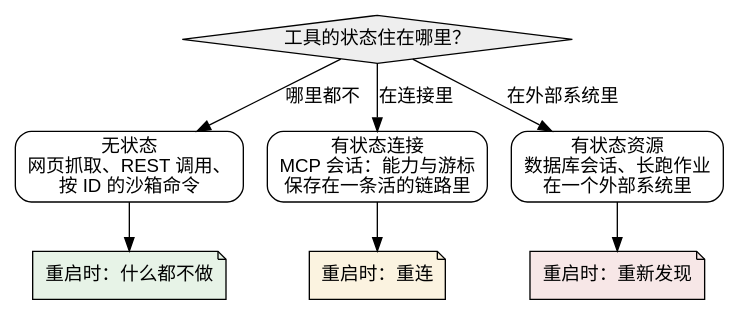
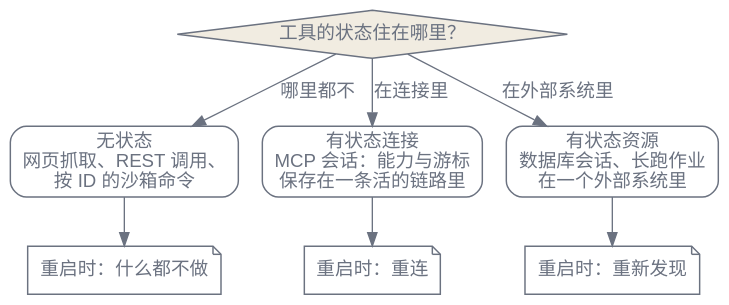
The third of 3 diagrams in zh/p5-orchestration/21-agent-architectures.qmd (latere-ai/ai-as-an-infrastructure), drawn with Graphviz before and after one commit. The commit also changed other lines of this file and 186 other files, not shown here.

First line of the commit message:
book: visual audit pass on all diagrams and figures

````diff
--- a/zh/p5-orchestration/21-agent-architectures.qmd
+++ b/zh/p5-orchestration/21-agent-architectures.qmd
@@ -127,27 +130,28 @@
 ```{dot}
 //| label: fig-agent-architectures-tool-classes
 //| fig-cap: "三类工具，按它们的状态住在哪里、以及各自在重启时必须做什么来划分：什么都不做、重连，或重新发现。"
 digraph {
+    bgcolor="transparent";
     rankdir=TB;
-    node [fontname="Helvetica"];
-    edge [fontname="Helvetica"];
+    node [fontname="Helvetica", color="#6b7280", fontcolor="#6b7280", penwidth=1.1];
+    edge [fontname="Helvetica", color="#6b7280", fontcolor="#6b7280"];
 
-    q [label="工具的状态住在哪里？", shape=diamond, style=filled, fillcolor="#eeeeee"];
+    q [label="工具的状态住在哪里？", shape=diamond, style=filled, fillcolor="#f1ece1"];
 
     stateless [label="无状态\n网页抓取、REST 调用、\n按 ID 的沙箱命令", shape=box, style=rounded];
     conn [label="有状态连接\nMCP 会话：能力与游标\n保存在一条活的链路里", shape=box, style=rounded];
     res [label="有状态资源\n数据库会话、长跑作业\n在一个外部系统里", shape=box, style=rounded];
 
-    r1 [label="重启时：什么都不做", shape=note, style=filled, fillcolor="#e7f3e7"];
-    r2 [label="重启时：重连", shape=note, style=filled, fillcolor="#fbf3e0"];
-    r3 [label="重启时：重新发现", shape=note, style=filled, fillcolor="#f7e7e7"];
+    r1 [label="重启时：什么都不做", shape=note];
+    r2 [label="重启时：重连", shape=note];
+    r3 [label="重启时：重新发现", shape=note];
 
     q -> stateless [label="哪里都不"];
     q -> conn [label="在连接里"];
     q -> res [label="在外部系统里"];
 
     stateless -> r1;
     conn -> r2;
     res -> r3;
 }
 ```
````
